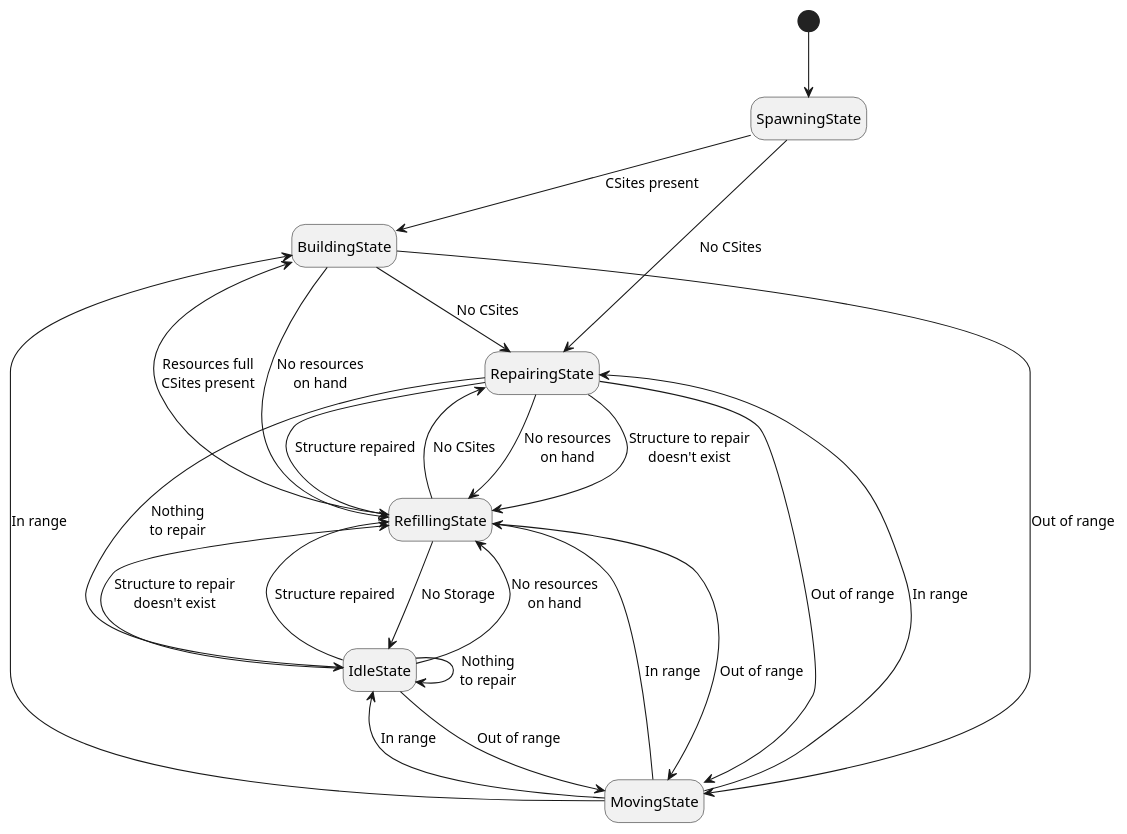
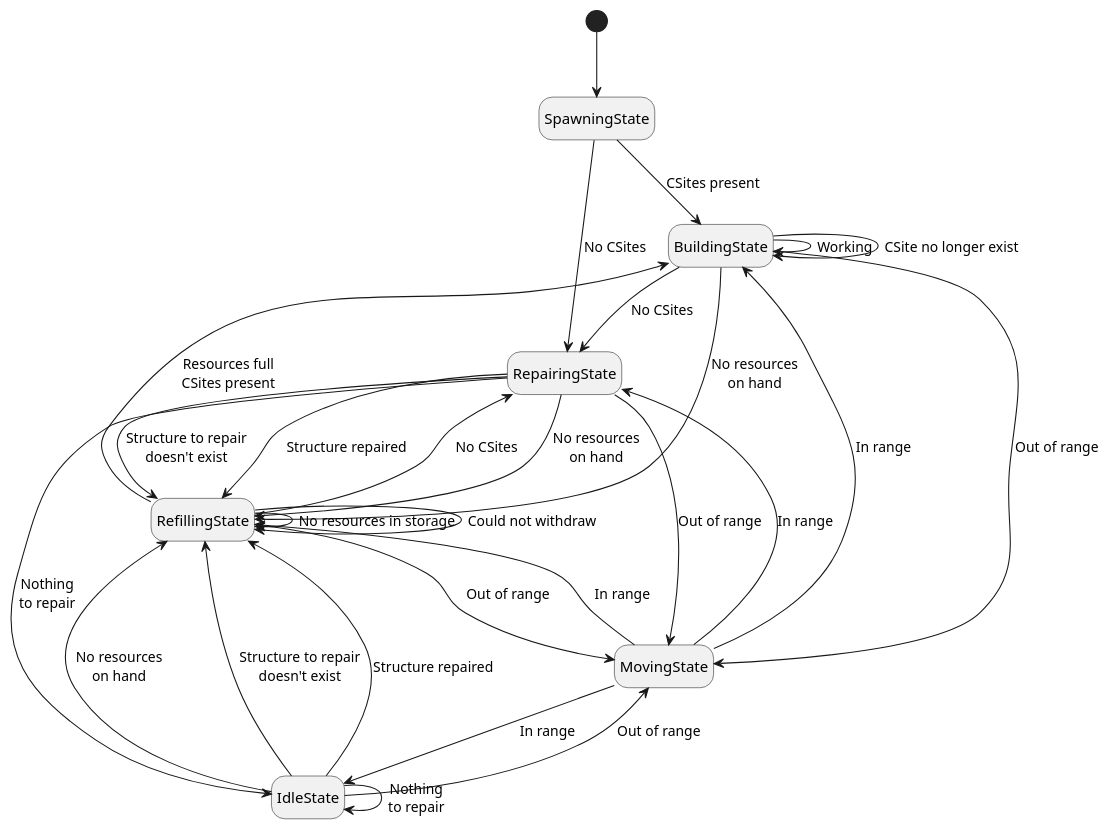
One commit to tomekbielaszewski/screeps-typescript changed the diagram in docs/roles/Builder.puml. Above: the diagram before and after it, drawn with PlantUML. The commit also changed 2 other files, not shown here.

```diff
--- a/docs/roles/Builder.puml
+++ b/docs/roles/Builder.puml
@@ -1,32 +1,35 @@
 @startuml
 hide empty description
 [*] --> SpawningState
 SpawningState --> BuildingState : CSites present
 SpawningState --> RepairingState : No CSites
 
+BuildingState --> BuildingState : Working
+BuildingState --> BuildingState : CSite no longer exist
 BuildingState --> RefillingState : No resources\non hand
 BuildingState --> RepairingState : No CSites
 BuildingState --> MovingState : Out of range
 
 RefillingState --> BuildingState : Resources full\nCSites present
 RefillingState --> RepairingState : No CSites
-RefillingState --> IdleState : No Storage
 RefillingState --> MovingState : Out of range
+RefillingState --> RefillingState : No resources in storage
+RefillingState --> RefillingState : Could not withdraw
 
 RepairingState --> RefillingState : No resources\non hand
 RepairingState --> IdleState : Nothing\nto repair
 RepairingState --> RefillingState : Structure to repair\ndoesn't exist
 RepairingState --> RefillingState : Structure repaired
 RepairingState --> MovingState : Out of range
 
 IdleState --> RefillingState : No resources\non hand
 IdleState --> IdleState : Nothing\nto repair
 IdleState --> RefillingState : Structure to repair\ndoesn't exist
 IdleState --> RefillingState : Structure repaired
 IdleState --> MovingState : Out of range
 
 MovingState --> BuildingState : In range
 MovingState --> RefillingState : In range
 MovingState --> RepairingState : In range
 MovingState --> IdleState : In range
 @enduml
```
